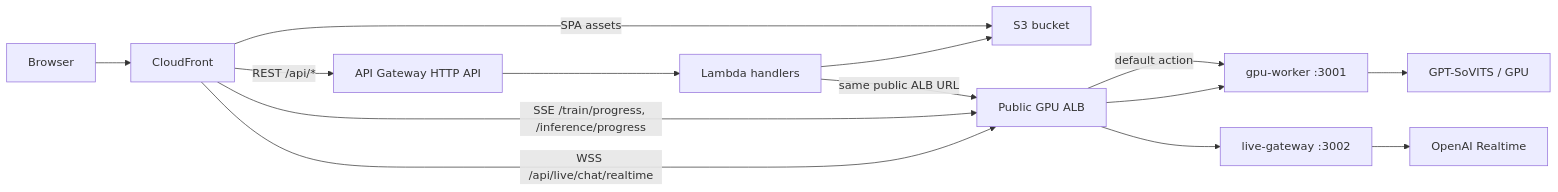
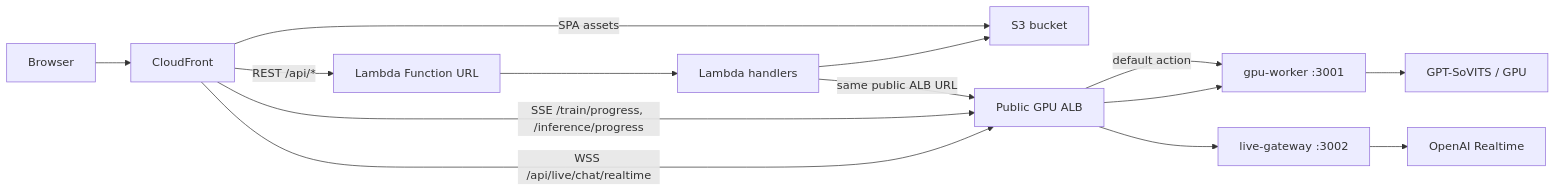
The diagram in docs/lambda-serverless-gpu-worker-guide.md (NathanaelNgYY/VoiceCloning), drawn with Mermaid before and after one commit. The commit also changed other lines of this file and 10 other files, not shown here.

Commit message:
refactor: lambda function url -ready

````diff
--- a/docs/lambda-serverless-gpu-worker-guide.md
+++ b/docs/lambda-serverless-gpu-worker-guide.md
@@ -69,27 +70,27 @@
 ```mermaid
 flowchart LR
   Browser["Browser"]
   Cf["CloudFront"]
-  Api["API Gateway HTTP API"]
+  FunctionUrl["Lambda Function URL"]
   Lambda["Lambda handlers"]
   S3["S3 bucket"]
   Alb["Public GPU ALB"]
   Worker["gpu-worker :3001"]
   Live["live-gateway :3002"]
   OpenAI["OpenAI Realtime"]
   Gpu["GPT-SoVITS / GPU"]
 
   Browser --> Cf
   Cf -->|SPA assets| S3
-  Cf -->|REST /api/*| Api
-  Api --> Lambda
+  Cf -->|REST /api/*| FunctionUrl
+  FunctionUrl --> Lambda
   Lambda --> S3
   Lambda -->|same public ALB URL| Alb
   Alb -->|default action| Worker
   Cf -->|SSE /train/progress, /inference/progress| Alb
   Alb --> Worker
   Cf -->|WSS /api/live/chat/realtime| Alb
   Alb --> Live
   Live --> OpenAI
   Worker --> Gpu
 ```
````
